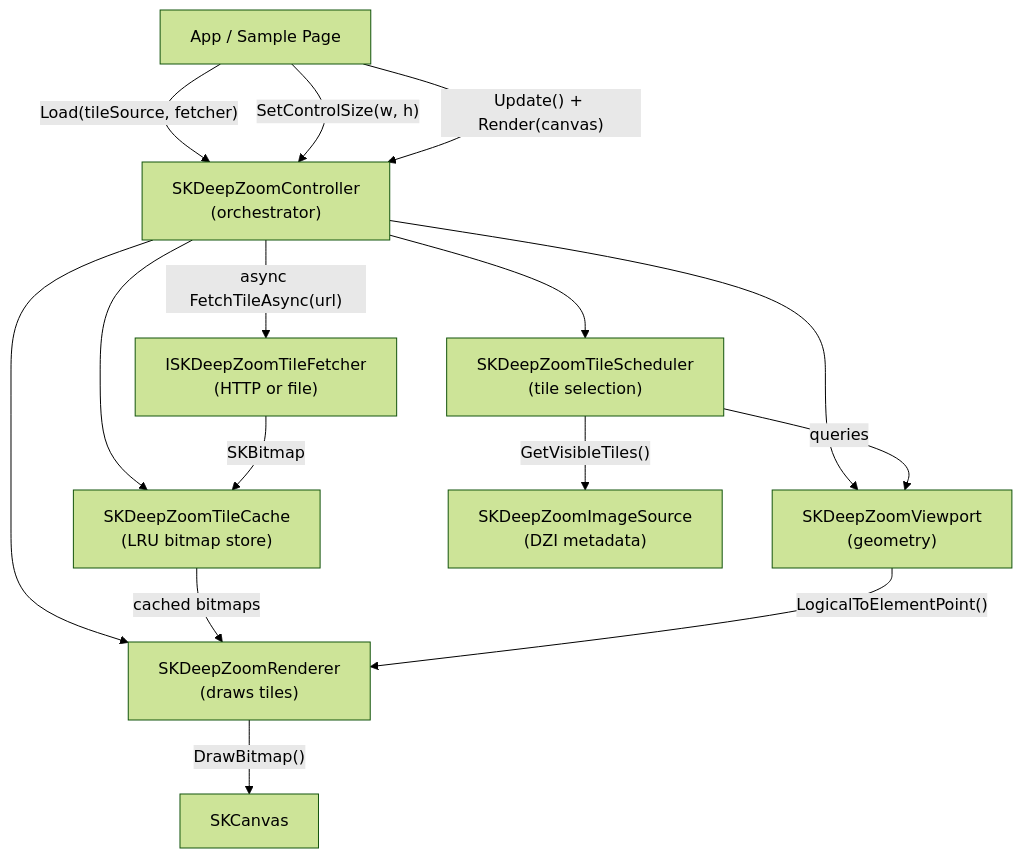
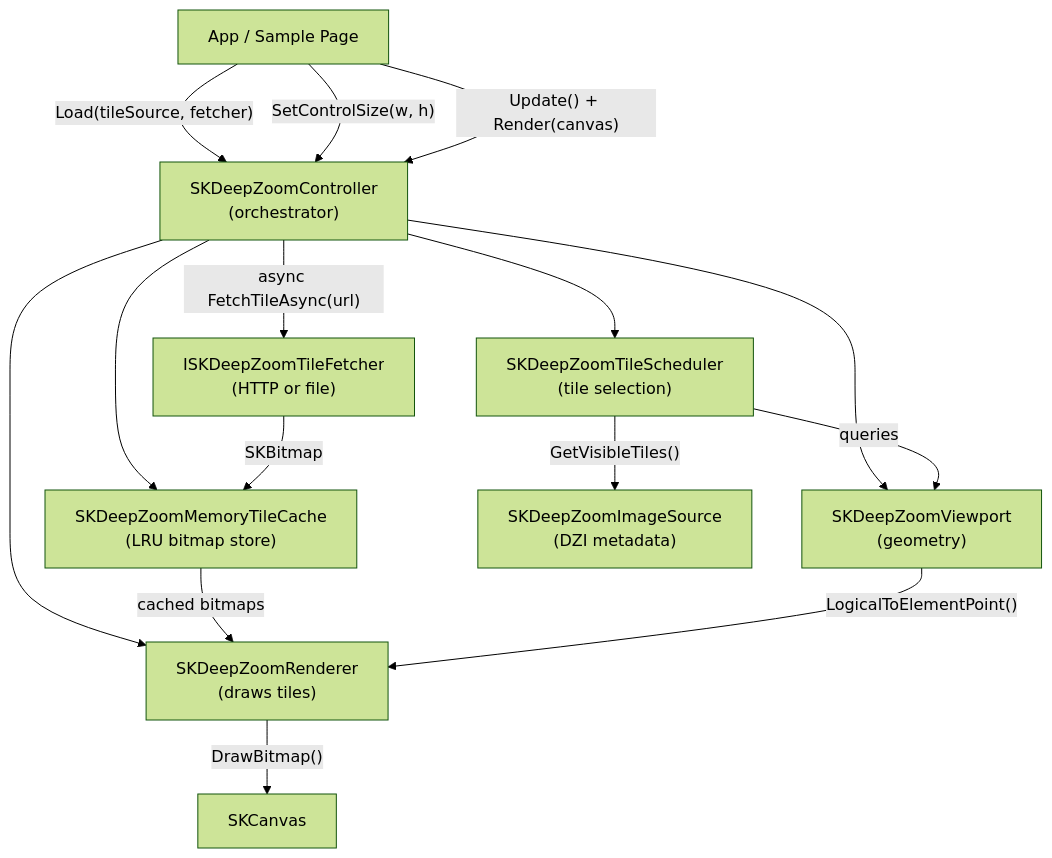
One commit to mono/SkiaSharp.Extended changed the first of 7 diagrams in source/SkiaSharp.Extended/DeepZoom/README.md. Above: the diagram before and after it, drawn with Mermaid (forest theme). The commit also changed other lines of this file and 2 other files, not shown here.

First line of the commit message:
Fix cache rebuild losing image, fix unbounded memIndex, update README

````diff
--- a/source/SkiaSharp.Extended/DeepZoom/README.md
+++ b/source/SkiaSharp.Extended/DeepZoom/README.md
@@ -22,30 +22,30 @@
 ```mermaid
 flowchart TD
     App["App / Sample Page"]
     Controller["SKDeepZoomController\n(orchestrator)"]
     Viewport["SKDeepZoomViewport\n(geometry)"]
     Scheduler["SKDeepZoomTileScheduler\n(tile selection)"]
-    Cache["SKDeepZoomTileCache\n(LRU bitmap store)"]
+    Cache["SKDeepZoomMemoryTileCache\n(LRU bitmap store)"]
     Renderer["SKDeepZoomRenderer\n(draws tiles)"]
     Fetcher["ISKDeepZoomTileFetcher\n(HTTP or file)"]
     TileSource["SKDeepZoomImageSource\n(DZI metadata)"]
     Canvas["SKCanvas"]
 
     App -->|"Load(tileSource, fetcher)"| Controller
     App -->|"SetControlSize(w, h)"| Controller
     App -->|"Update() + Render(canvas)"| Controller
 
     Controller --> Viewport
     Controller --> Scheduler
     Controller --> Cache
     Controller --> Renderer
     Controller -->|"async FetchTileAsync(url)"| Fetcher
 
     Scheduler -->|"GetVisibleTiles()"| TileSource
     Scheduler -->|"queries"| Viewport
 
     Fetcher -->|"SKBitmap"| Cache
     Cache -->|"cached bitmaps"| Renderer
     Renderer -->|"DrawBitmap()"| Canvas
     Viewport -->|"LogicalToElementPoint()"| Renderer
 ```
````
